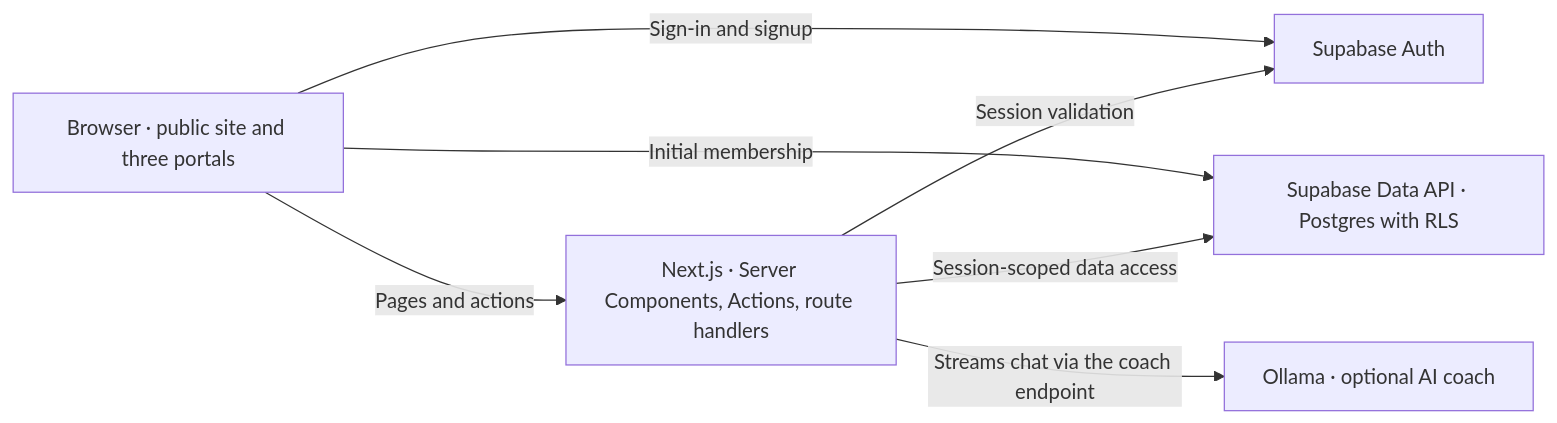
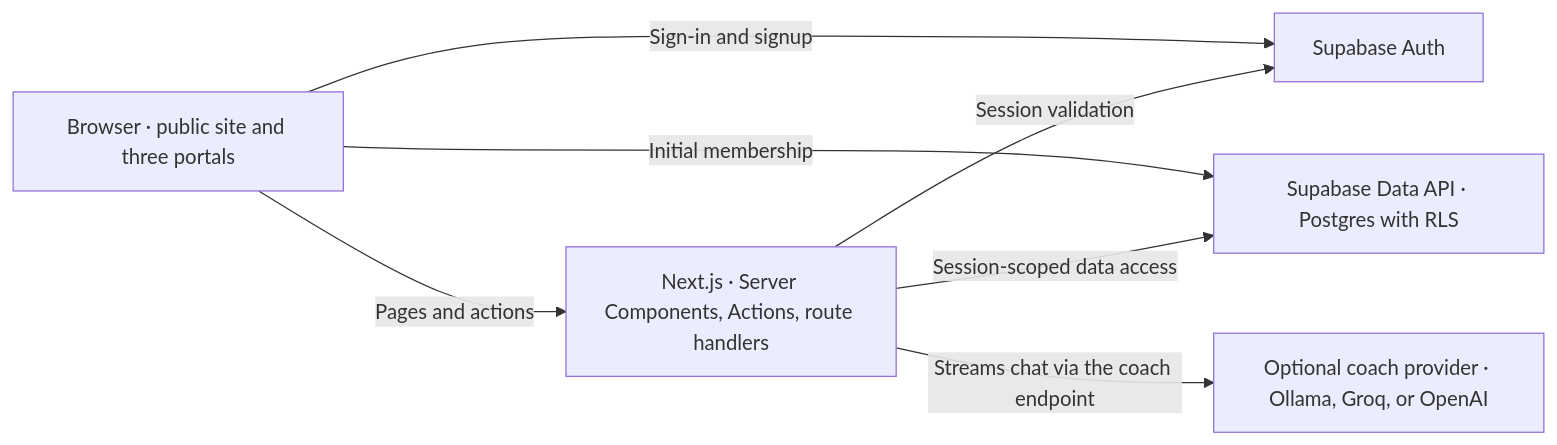
The first of 2 diagrams in docs/ARCHITECTURE.md (earljonas/contnental-gym), drawn with Mermaid before and after one commit. The commit also changed 6 other files, not shown here.

Commit message:
docs(readme): add demo screenshots and architecture diagram

````diff
--- a/docs/ARCHITECTURE.md
+++ b/docs/ARCHITECTURE.md
@@ -9,15 +9,15 @@
 ```mermaid
 flowchart LR
     Browser["Browser · public site and three portals"]
     App["Next.js · Server Components, Actions, route handlers"]
     Auth["Supabase Auth"]
     DB["Supabase Data API · Postgres with RLS"]
-    Ollama["Ollama · optional AI coach"]
+    Coach["Optional coach provider · Ollama, Groq, or OpenAI"]
 
     Browser -->|Pages and actions| App
     Browser -->|Sign-in and signup| Auth
     Browser -->|Initial membership| DB
     App -->|Session validation| Auth
     App -->|Session-scoped data access| DB
-    App -->|Streams chat via the coach endpoint| Ollama
+    App -->|Streams chat via the coach endpoint| Coach
 ```
````
